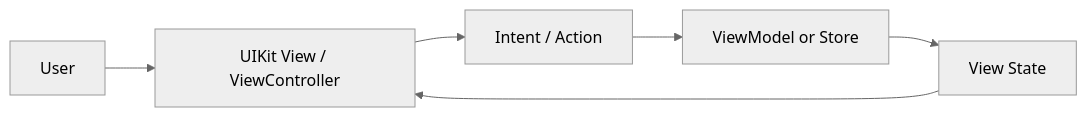
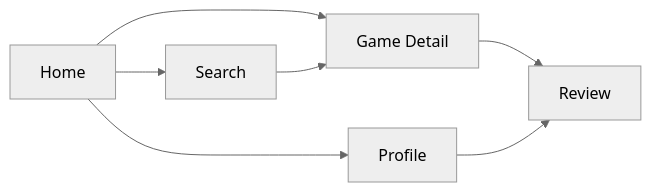
Before and after one commit to HwangSeokBeom/GamePediaDocs: the first of 2 diagrams in docs/02-design/ui-structure.md, drawn with Mermaid (neutral theme). The commit also changed other lines of this file and 8 other files, not shown here.

Commit message:
Update architecture docs and add branch strategy

````diff
--- a/docs/02-design/ui-structure.md
+++ b/docs/02-design/ui-structure.md
@@ -55,8 +29,9 @@
 ```mermaid
 flowchart LR
-    User[User] --> View[UIKit View / ViewController]
-    View --> Action[Intent / Action]
-    Action --> Store[ViewModel or Store]
-    Store --> State[View State]
-    State --> View
+    Home[Home] --> Search[Search]
+    Home --> Detail[Game Detail]
+    Search --> Detail
+    Detail --> Review[Review]
+    Home --> Profile[Profile]
+    Profile --> Review
 ```
````
